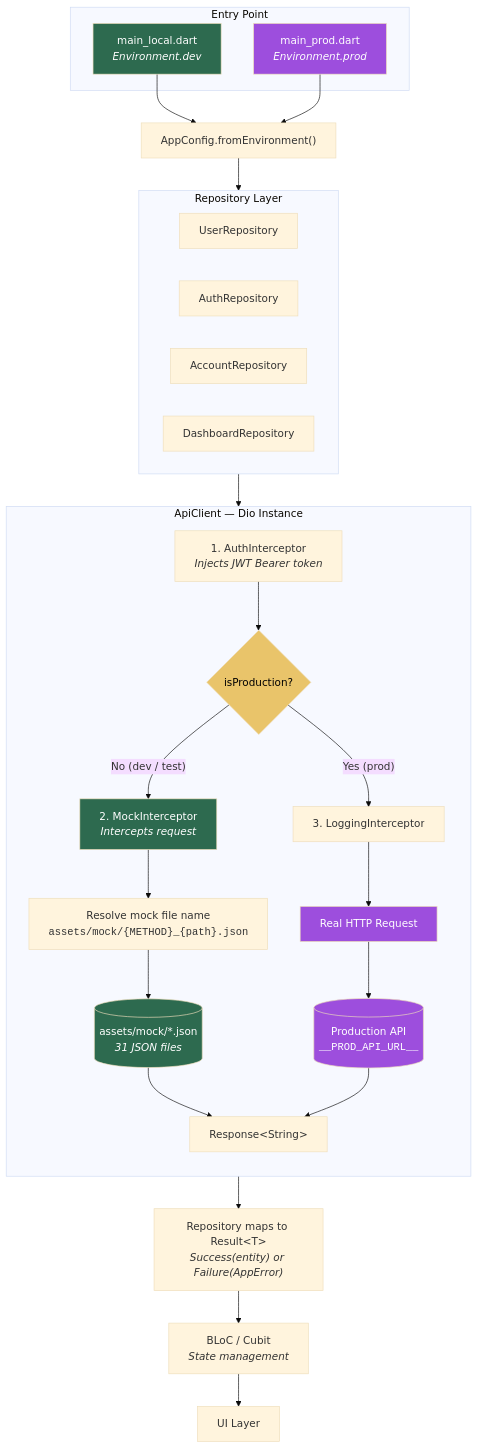
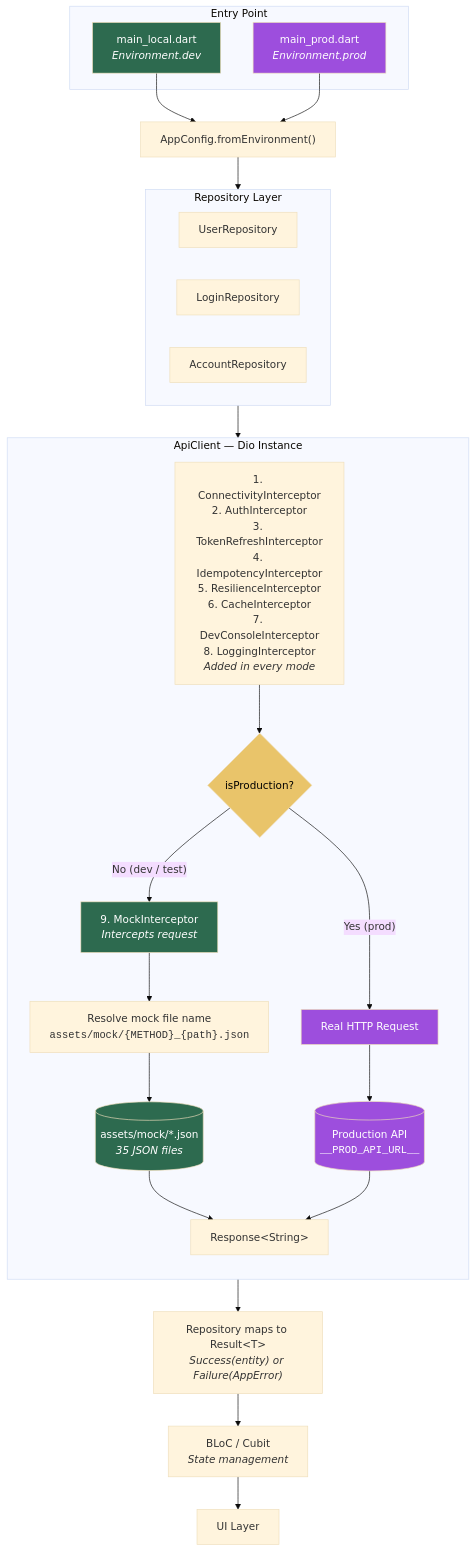
One commit to cevheri/flutter-bloc-advanced changed the first of 2 diagrams in docs/mock-architecture.md. Above: the diagram before and after it, drawn with Mermaid (base theme). The commit also changed other lines of this file, not shown here.

First line of the commit message:
docs: bring mock-architecture.md in line with the code

````diff
--- a/docs/mock-architecture.md
+++ b/docs/mock-architecture.md
@@ -19,69 +19,65 @@
 ```mermaid
 flowchart TB
     subgraph Entry["Entry Point"]
         LOCAL["main_local.dart<br/><i>Environment.dev</i>"]
         PROD["main_prod.dart<br/><i>Environment.prod</i>"]
     end
 
     LOCAL --> ENV
     PROD --> ENV
 
     ENV["AppConfig.fromEnvironment()"]
     ENV --> REPO
 
     subgraph REPO["Repository Layer"]
         direction LR
         UR["UserRepository"]
-        AR["AuthRepository"]
+        AR["LoginRepository"]
         ACR["AccountRepository"]
-        DR["DashboardRepository"]
     end
 
     REPO --> API
 
     subgraph API["ApiClient — Dio Instance"]
         direction TB
-        AUTH_INT["1. AuthInterceptor<br/><i>Injects JWT Bearer token</i>"]
-        AUTH_INT --> DECISION
+        CHAIN["1. ConnectivityInterceptor<br/>2. AuthInterceptor<br/>3. TokenRefreshInterceptor<br/>4. IdempotencyInterceptor<br/>5. ResilienceInterceptor<br/>6. CacheInterceptor<br/>7. DevConsoleInterceptor<br/>8. LoggingInterceptor<br/><i>Added in every mode</i>"]
+        CHAIN --> DECISION
 
         DECISION{isProduction?}
 
         DECISION -- "No (dev / test)" --> MOCK_INT
-        DECISION -- "Yes (prod)" --> LOG_INT_PROD
+        DECISION -- "Yes (prod)" --> NETWORK
 
-        MOCK_INT["2. MockInterceptor<br/><i>Intercepts request</i>"]
+        MOCK_INT["9. MockInterceptor<br/><i>Intercepts request</i>"]
         MOCK_INT --> RESOLVE
 
         RESOLVE["Resolve mock file name<br/><code>assets/mock/{METHOD}_{path}.json</code>"]
         RESOLVE --> ASSET
 
-        ASSET[("assets/mock/*.json<br/><i>31 JSON files</i>")]
+        ASSET[("assets/mock/*.json<br/><i>35 JSON files</i>")]
         ASSET --> RESPONSE
-
-        LOG_INT_PROD["3. LoggingInterceptor"]
-        LOG_INT_PROD --> NETWORK
 
         NETWORK["Real HTTP Request"]
         NETWORK --> REAL_API
 
         REAL_API[("Production API<br/><code>__PROD_API_URL__</code>")]
         REAL_API --> RESPONSE
     end
 
     RESPONSE["Response&lt;String&gt;"]
     RESPONSE --> RESULT
 
     RESULT["Repository maps to Result&lt;T&gt;<br/><i>Success(entity) or Failure(AppError)</i>"]
     RESULT --> BLOC
 
     BLOC["BLoC / Cubit<br/><i>State management</i>"]
     BLOC --> UI["UI Layer"]
 
     style LOCAL fill:#2d6a4f,color:#fff
     style PROD fill:#9d4edd,color:#fff
     style MOCK_INT fill:#2d6a4f,color:#fff
     style ASSET fill:#2d6a4f,color:#fff
     style NETWORK fill:#9d4edd,color:#fff
     style REAL_API fill:#9d4edd,color:#fff
     style DECISION fill:#e9c46a,color:#000
 ```
````
